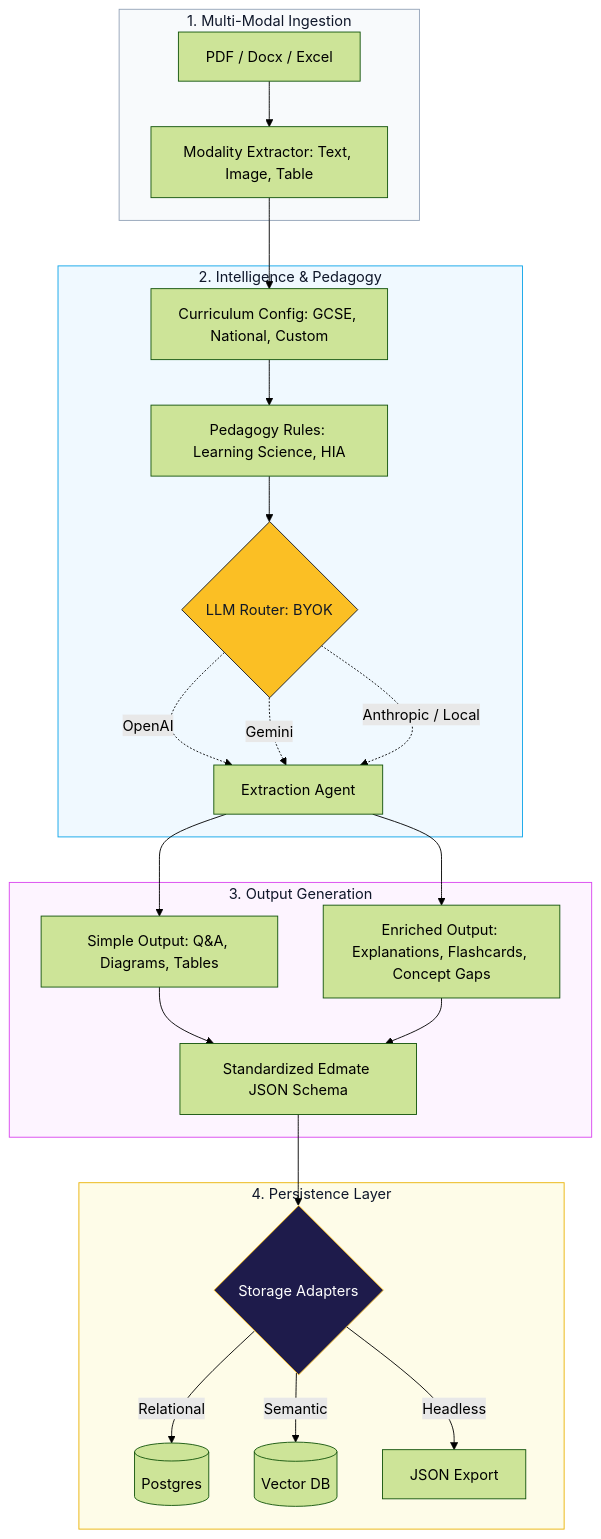
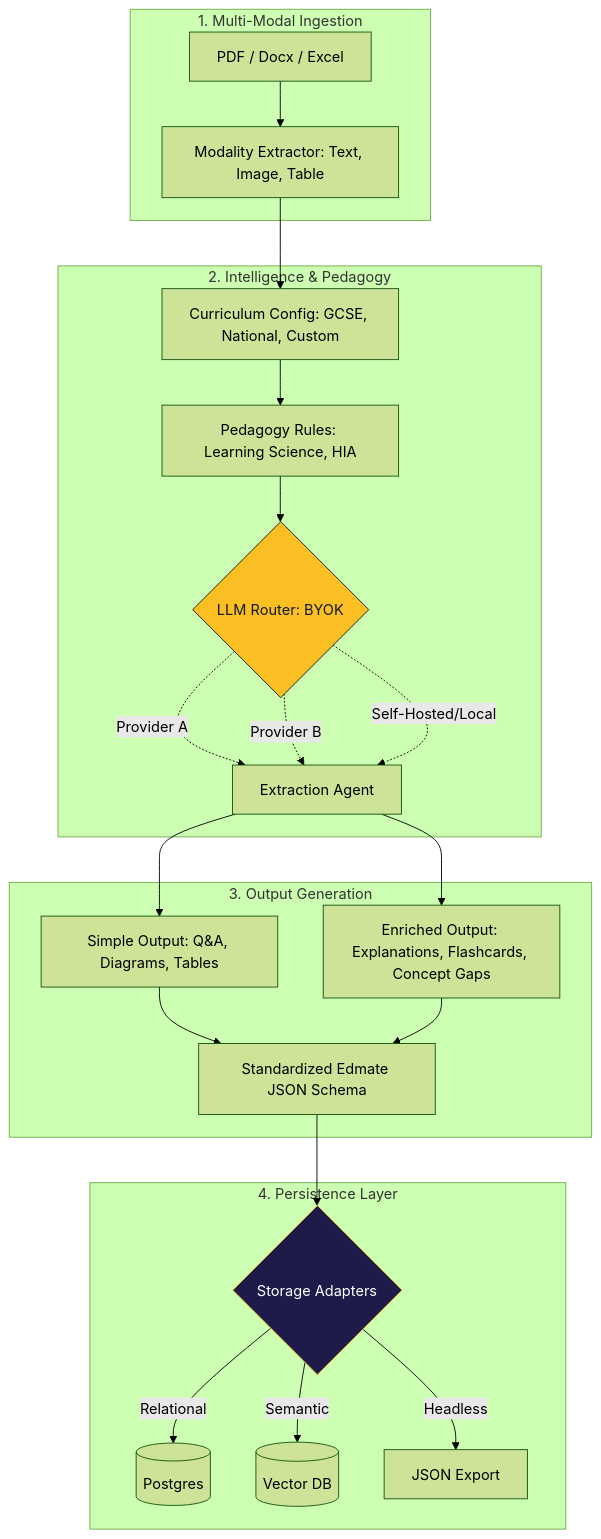
The diagram in README.md (shmukit/Edmate), drawn with Mermaid (forest theme) before and after one commit. The commit also changed other lines of this file and 18 other files, not shown here.

````diff
--- a/README.md
+++ b/README.md
@@ -88,52 +91,48 @@
 ```mermaid
 graph TD
     %% 1. Ingestion
     subgraph Input ["1. Multi-Modal Ingestion"]
         A[PDF / Docx / Excel]
         M[Modality Extractor: Text, Image, Table]
         A --> M
     end
 
     %% 2. Intelligence
     subgraph Intelligence ["2. Intelligence & Pedagogy"]
         C[Curriculum Config: GCSE, National, Custom]
         P[Pedagogy Rules: Learning Science, HIA]
         R{LLM Router: BYOK}
         
         M --> C
         C --> P
         P --> R
         
-        R -.->|OpenAI| E[Extraction Agent]
-        R -.->|Gemini| E
-        R -.->|Anthropic / Local| E
+        R -.->|Provider A| E[Extraction Agent]
+        R -.->|Provider B| E
+        R -.->|Self-Hosted/Local| E
     end
 
     %% 3. Output
     subgraph Output ["3. Output Generation"]
         O1[Simple Output: Q&A, Diagrams, Tables]
         O2[Enriched Output: Explanations, Flashcards, Concept Gaps]
         
         E --> O1
         E --> O2
         
         O1 --> S[Standardized Edmate JSON Schema]
         O2 --> S
     end
 
     %% 4. Storage
     subgraph Persistence ["4. Persistence Layer"]
         SA{Storage Adapters}
         S --> SA
         SA -->|Relational| DB1[(Postgres)]
         SA -->|Semantic| DB2[(Vector DB)]
         SA -->|Headless| DB3[JSON Export]
     end
 
-    style Input fill:#f8fafc,stroke:#94a3b8,color:#0f172a
-    style Intelligence fill:#f0f9ff,stroke:#0ea5e9,color:#0f172a
     style R fill:#fbbf24,stroke:#111827,color:#111827
-    style Output fill:#fdf4ff,stroke:#d946ef,color:#0f172a
-    style Persistence fill:#fefce8,stroke:#eab308,color:#0f172a
     style SA fill:#1e1b4b,stroke:#fbbf24,color:#fff
 ```
````
